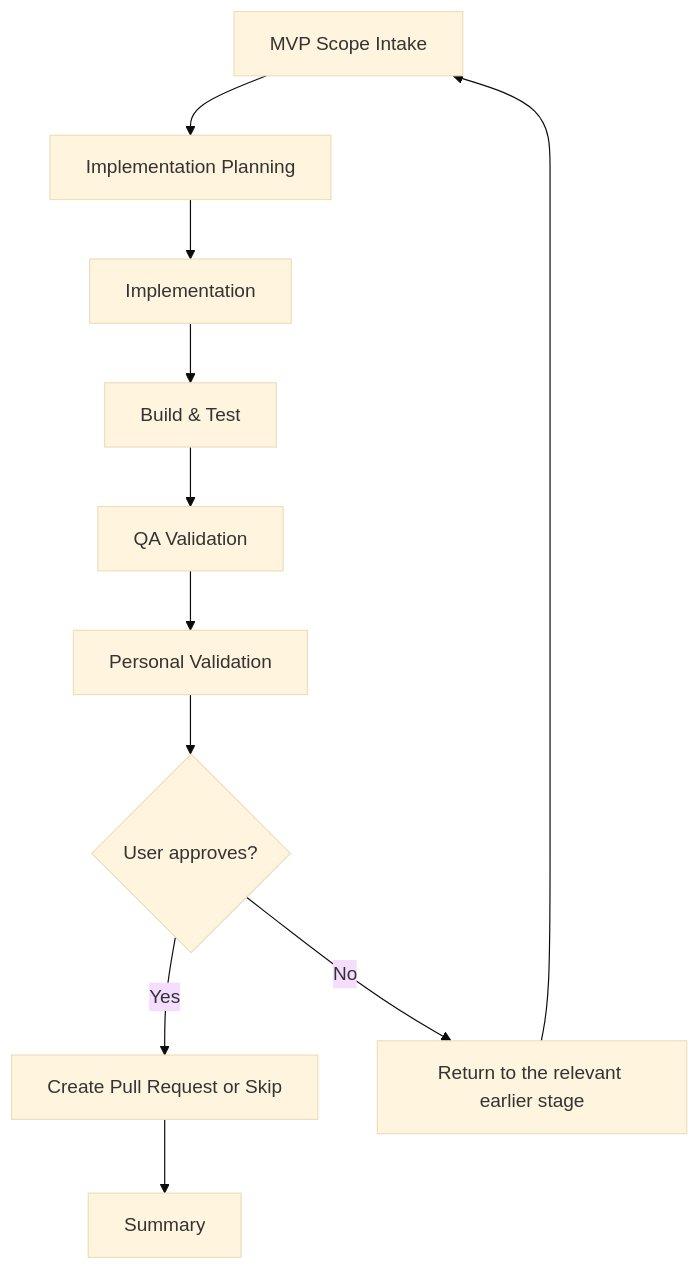
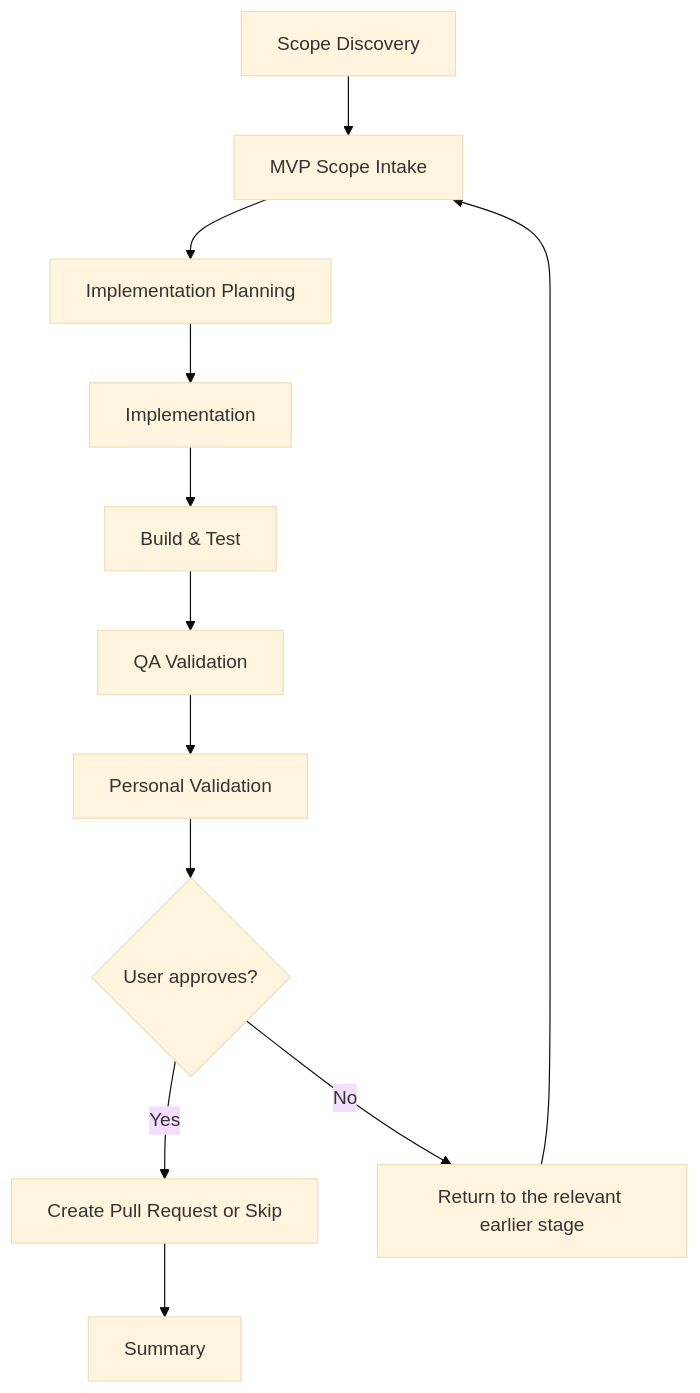
The third of 14 diagrams in plugins/copilot-app/resources/orchestration-flow-diagrams.md (JSdotNet/Copilot), drawn with Mermaid (base theme) before and after one commit. The commit also changed other lines of this file and 9 other files, not shown here.

````diff
--- a/plugins/copilot-app/resources/orchestration-flow-diagrams.md
+++ b/plugins/copilot-app/resources/orchestration-flow-diagrams.md
@@ -71,13 +71,14 @@
 ```mermaid
 flowchart TD
-    A["MVP Scope Intake"] --> B["Implementation Planning"]
+    S["Scope Discovery"] --> A["MVP Scope Intake"]
+    A --> B["Implementation Planning"]
     B --> C["Implementation"]
     C --> D["Build & Test"]
     D --> E["QA Validation"]
     E --> F["Personal Validation"]
     F --> G{User approves?}
     G -->|Yes| H["Create Pull Request or Skip"]
     G -->|No| I["Return to the relevant earlier stage"]
     I --> A
     H --> J["Summary"]
 ```
````
